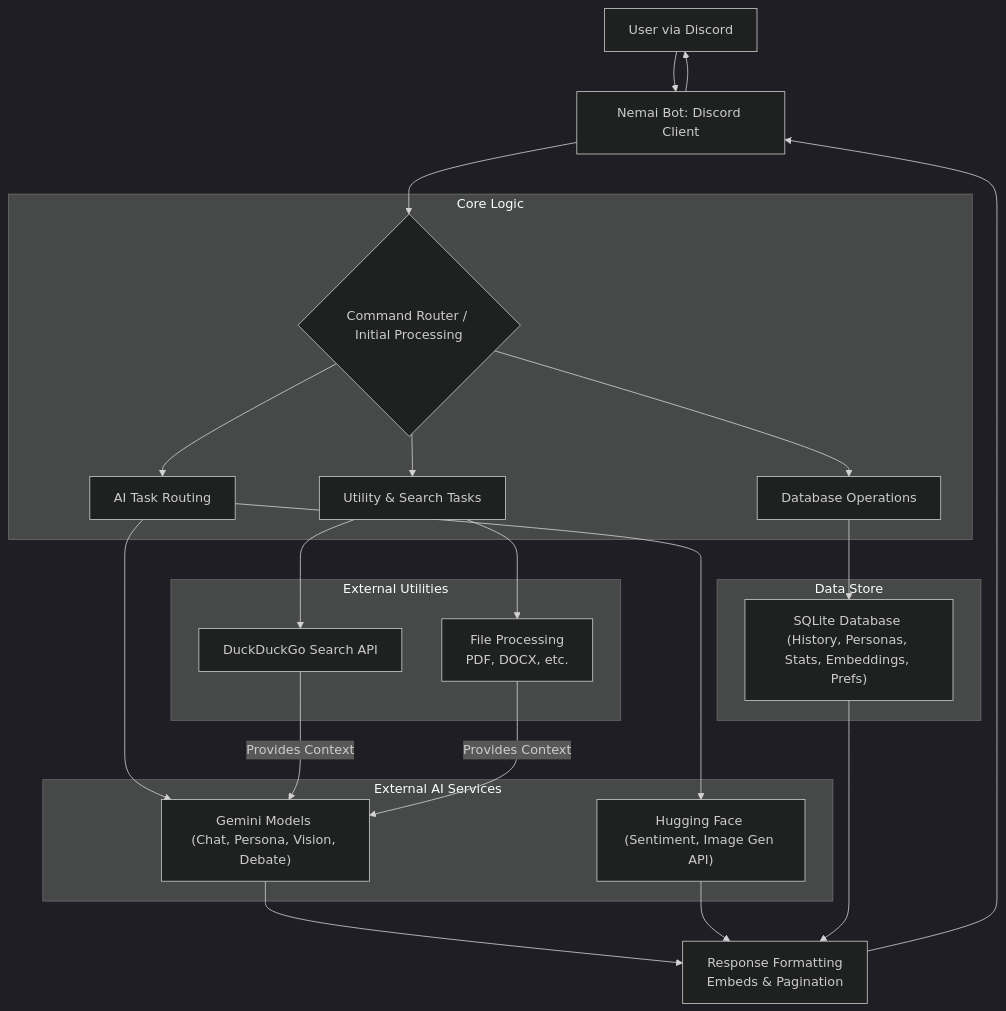
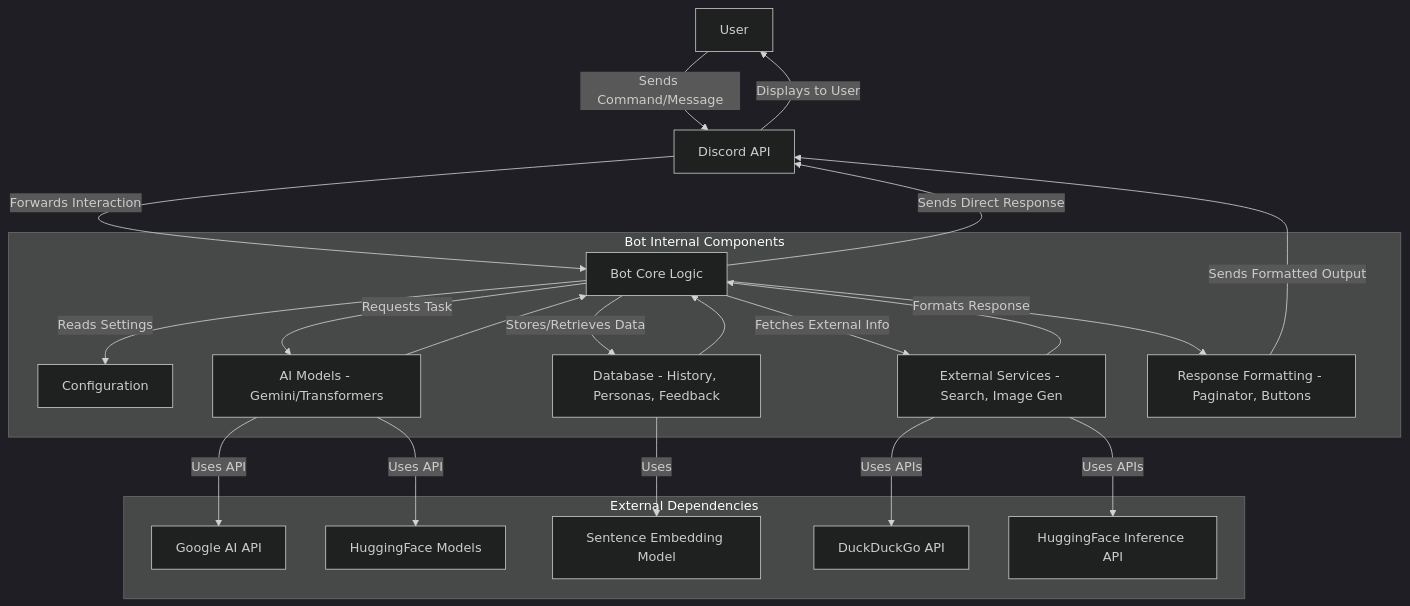
The diagram in README.md (ulviX/Nemai-Bot), drawn with Mermaid (dark theme) before and after one commit.

Commit message:
Modified graph

````diff
--- a/README.md
+++ b/README.md
@@ -88,38 +88,29 @@
 ```mermaid
 graph TD
-    A[User via Discord] --> B[Nemai Bot: Discord Client]
-    B --> C{Command Router / Initial Processing}
+    User -->|Sends Command/Message| DiscordAPI[Discord API]
+    DiscordAPI -->|Forwards Interaction| BotCore[Bot Core Logic]
 
-    subgraph Core Logic
-        C --> D[AI Task Routing]
-        C --> E[Database Operations]
-        C --> F[Utility & Search Tasks]
+    subgraph Bot Internal Components
+        BotCore -->|Reads Settings| Config[Configuration]
+        BotCore -->|Requests Task| AI_Models[AI Models - Gemini/Transformers]
+        BotCore -->|Stores/Retrieves Data| Database[Database - History, Personas, Feedback]
+        BotCore -->|Fetches External Info| ExternalServices[External Services - Search, Image Gen]
+        BotCore -->|Formats Response| ResponseFormatter[Response Formatting - Paginator, Buttons]
     end
 
-    subgraph External AI Services
-        D --> G["Gemini Models <br/>(Chat, Persona, Vision, Debate)"]
-        D --> H["Hugging Face <br/>(Sentiment, Image Gen API)"]
+    subgraph External Dependencies
+        AI_Models -->|Uses API| GoogleAI_API[Google AI API]
+        AI_Models -->|Uses API| HuggingFace_Models[HuggingFace Models]
+        Database -->|Uses| EmbeddingsModel[Sentence Embedding Model]
+        ExternalServices -->|Uses APIs| DuckDuckGo[DuckDuckGo API]
+        ExternalServices -->|Uses APIs| HuggingFace_Inference[HuggingFace Inference API]
     end
 
-    subgraph Data Store
-        E --> I["SQLite Database <br/>(History, Personas, Stats, Embeddings, Prefs)"]
-    end
+    ResponseFormatter -->|Sends Formatted Output| DiscordAPI
+    BotCore -->|Sends Direct Response| DiscordAPI
+    DiscordAPI -->|Displays to User| User
 
-    subgraph External Utilities
-        F --> J[DuckDuckGo Search API]
-        F --> K[File Processing <br/>PDF, DOCX, etc.]
-    end
-
-    %% Results feed into Response Formatting
-    G --> L["Response Formatting <br/>Embeds & Pagination"]
-    H --> L
-    I --> L
-
-    %% Utilities context flow
-    J -->|Provides Context| G
-    K -->|Provides Context| G
-
-    %% Final response path
-    L --> B
-    B --> A
+    Database --> BotCore
+    AI_Models --> BotCore
+    ExternalServices --> BotCore
 ```
````
